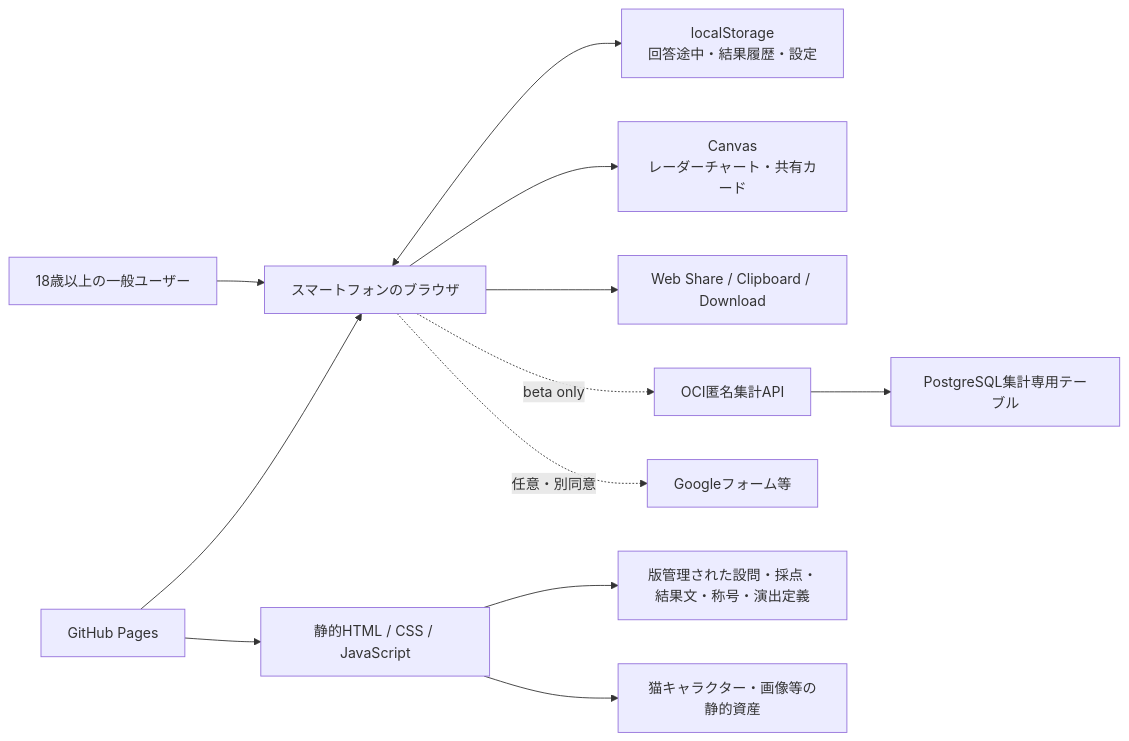
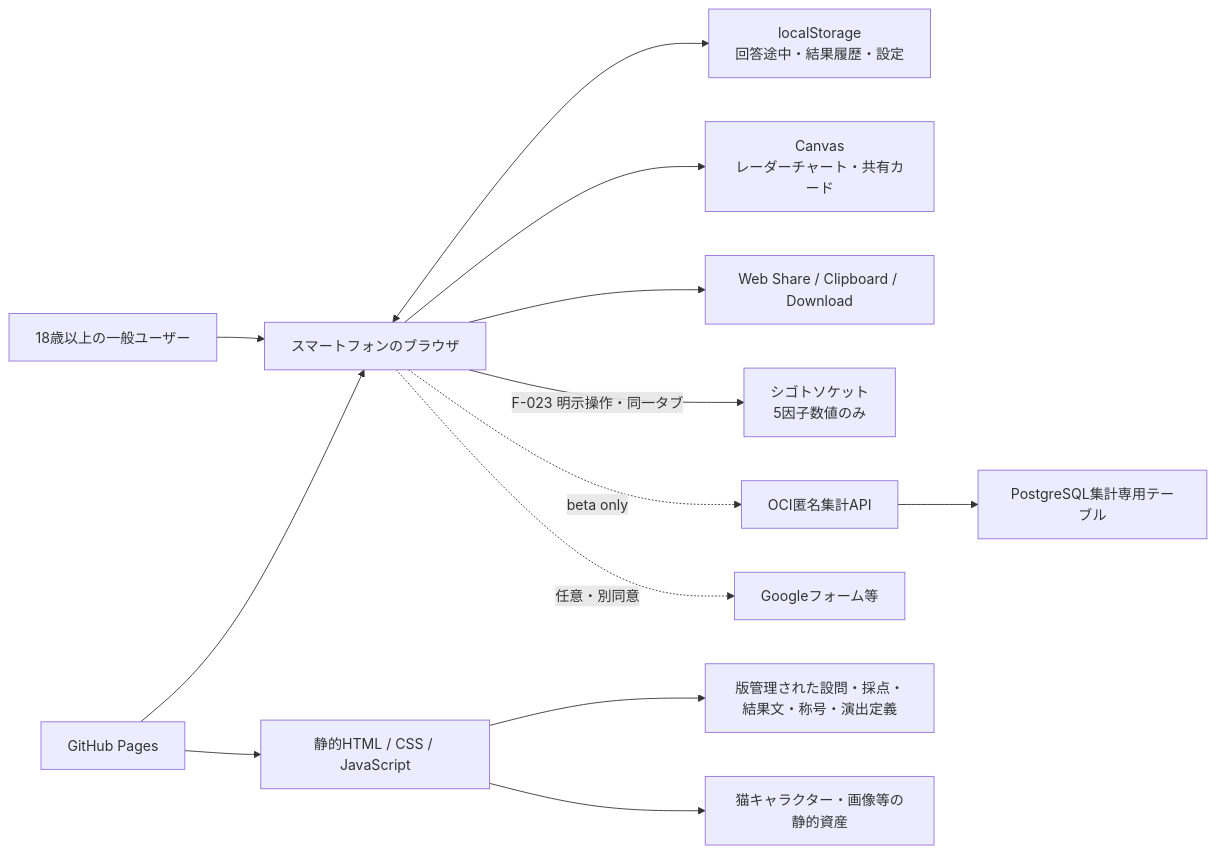
The diagram in docs/基本設計サマリ.md (gerupon-lgtm/big-five), drawn with Mermaid before and after one commit. The commit also changed other lines of this file and 22 other files, not shown here.

````diff
--- a/docs/基本設計サマリ.md
+++ b/docs/基本設計サマリ.md
@@ -39,14 +39,15 @@
 ```mermaid
 flowchart LR
     U["18歳以上の一般ユーザー"] --> B["スマートフォンのブラウザ"]
     G["GitHub Pages"] --> B
     G --> S["静的HTML / CSS / JavaScript"]
     S --> D["版管理された設問・採点・結果文・称号・演出定義"]
     S --> A["猫キャラクター・画像等の静的資産"]
     B <--> L["localStorage<br/>回答途中・結果履歴・設定"]
     B --> C["Canvas<br/>レーダーチャート・共有カード"]
     B --> W["Web Share / Clipboard / Download"]
+    B -->|F-023 明示操作・同一タブ| SS["シゴトソケット<br/>5因子数値のみ"]
     B -. "beta only" .-> X["OCI匿名集計API"]
     X --> P["PostgreSQL集計専用テーブル"]
     B -. "任意・別同意" .-> F["Googleフォーム等"]
 ```
````
